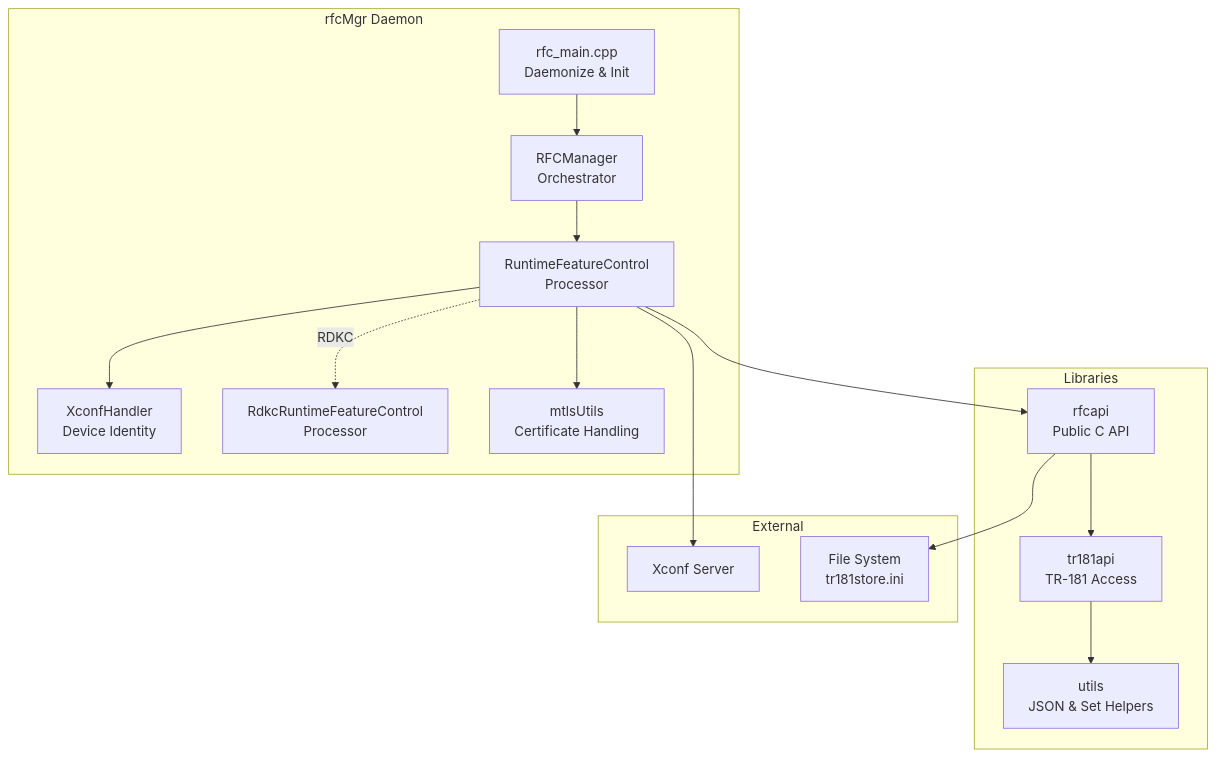
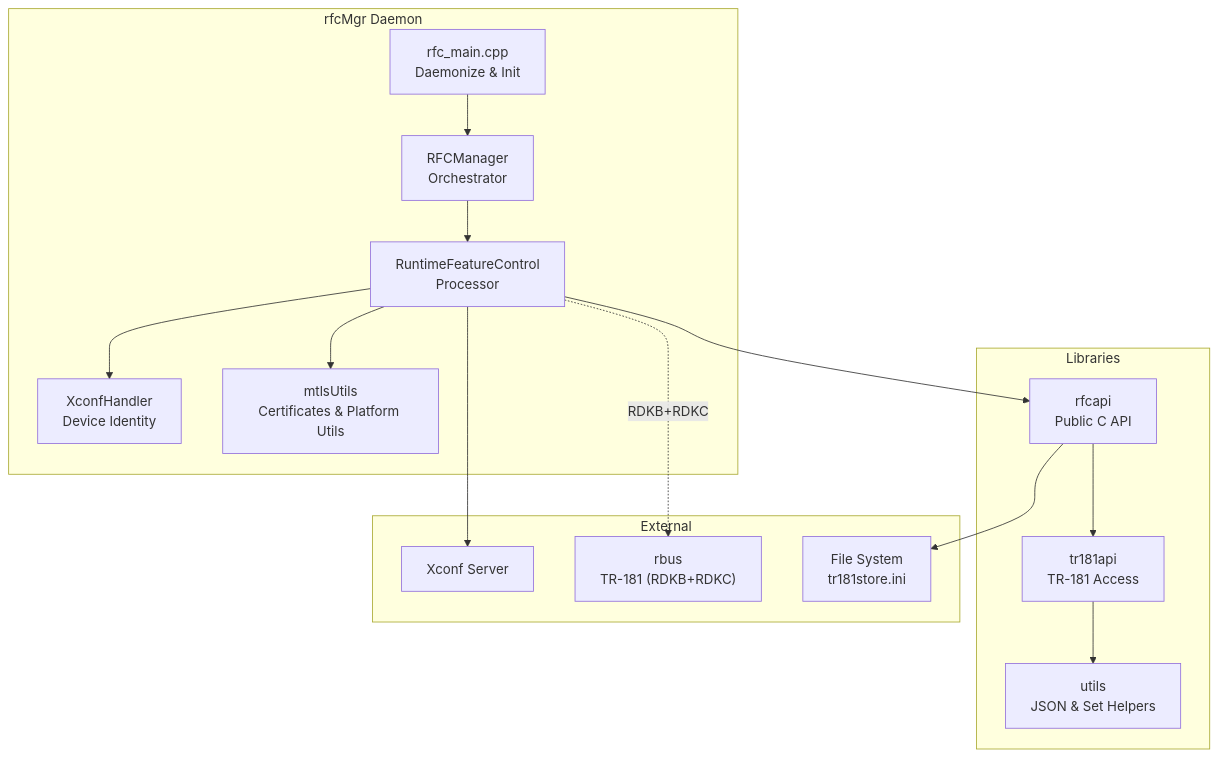
One commit to rdkcentral/rfc changed the diagram in README.md. Above: the diagram before and after it, drawn with Mermaid. The commit also changed other lines of this file and 3 other files, not shown here.

````diff
--- a/README.md
+++ b/README.md
@@ -127,33 +126,33 @@
 ```mermaid
 graph TB
     subgraph "rfcMgr Daemon"
         MAIN["rfc_main.cpp<br/>Daemonize & Init"]
         MGR["RFCManager<br/>Orchestrator"]
         XCONF["XconfHandler<br/>Device Identity"]
         RFC["RuntimeFeatureControl<br/>Processor"]
-        CAM["RdkcRuntimeFeatureControl<br/>Processor"]
-        MTLS["mtlsUtils<br/>Certificate Handling"]
+        MTLS["mtlsUtils<br/>Certificates & Platform Utils"]
     end
 
     subgraph "Libraries"
         API["rfcapi<br/>Public C API"]
         TR181["tr181api<br/>TR-181 Access"]
         UTILS["utils<br/>JSON & Set Helpers"]
     end
 
     subgraph "External"
         SERVER["Xconf Server"]
+        RBUS["rbus<br/>TR-181 (RDKB+RDKC)"]
         FS["File System<br/>tr181store.ini"]
     end
 
     MAIN --> MGR
     MGR --> RFC
     RFC --> XCONF
-    RFC -.->|RDKC| CAM
     RFC --> MTLS
     RFC --> SERVER
     RFC --> API
+    RFC -.->|"RDKB+RDKC"| RBUS
     API --> FS
     API --> TR181
     TR181 --> UTILS
 ```
````
